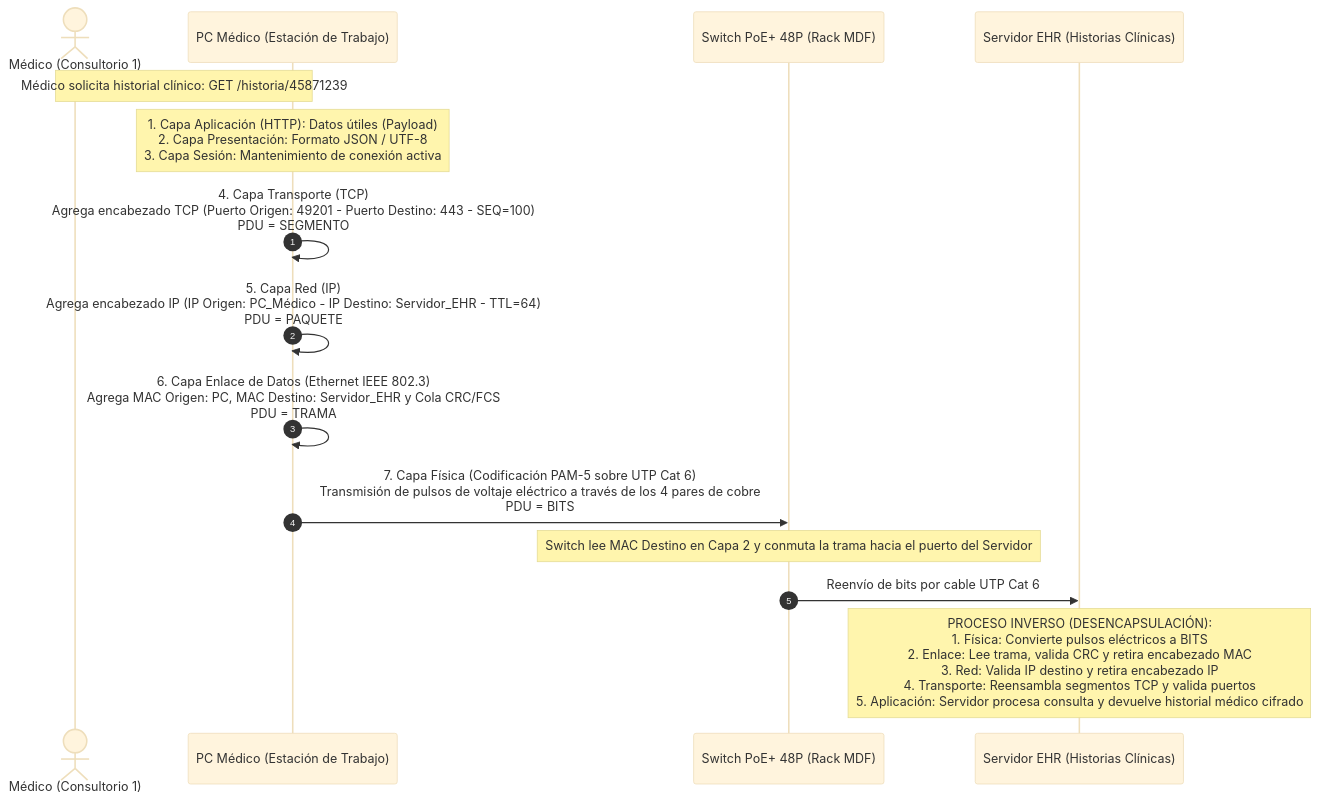
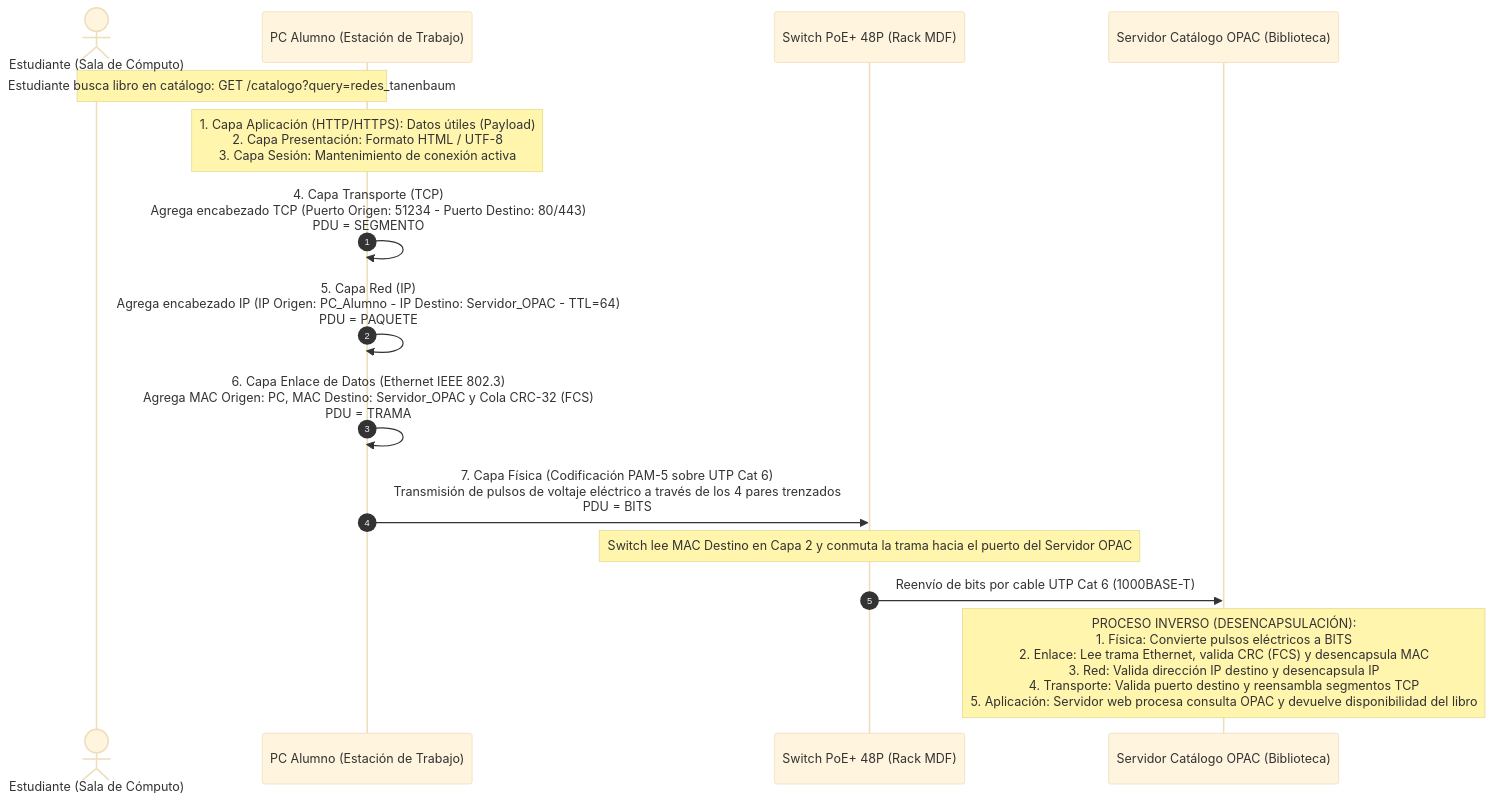
The diagram in diagramas/encapsulacion.mmd (jamamanica/proyecto_redes), drawn with Mermaid (base theme) before and after one commit. The commit also changed 14 other files, not shown here.

```diff
--- a/diagramas/encapsulacion.mmd
+++ b/diagramas/encapsulacion.mmd
@@ -1,20 +1,20 @@
 sequenceDiagram
     autonumber
-    actor Medico as Médico (Consultorio 1)
-    participant Host as PC Médico (Estación de Trabajo)
+    actor Estudiante as Estudiante (Sala de Cómputo)
+    participant Host as PC Alumno (Estación de Trabajo)
     participant Sw as Switch PoE+ 48P (Rack MDF)
-    participant Srv as Servidor EHR (Historias Clínicas)
+    participant Srv as Servidor Catálogo OPAC (Biblioteca)
 
-    Note over Medico,Host: Médico solicita historial clínico: GET /historia/45871239
-    Note over Host: 1. Capa Aplicación (HTTP): Datos útiles (Payload)<br/>2. Capa Presentación: Formato JSON / UTF-8<br/>3. Capa Sesión: Mantenimiento de conexión activa
+    Note over Estudiante,Host: Estudiante busca libro en catálogo: GET /catalogo?query=redes_tanenbaum
+    Note over Host: 1. Capa Aplicación (HTTP/HTTPS): Datos útiles (Payload)<br/>2. Capa Presentación: Formato HTML / UTF-8<br/>3. Capa Sesión: Mantenimiento de conexión activa
 
-    Host->>Host: 4. Capa Transporte (TCP)<br/>Agrega encabezado TCP (Puerto Origen: 49201 - Puerto Destino: 443 - SEQ=100)<br/>PDU = SEGMENTO
-    Host->>Host: 5. Capa Red (IP)<br/>Agrega encabezado IP (IP Origen: PC_Médico - IP Destino: Servidor_EHR - TTL=64)<br/>PDU = PAQUETE
-    Host->>Host: 6. Capa Enlace de Datos (Ethernet IEEE 802.3)<br/>Agrega MAC Origen: PC, MAC Destino: Servidor_EHR y Cola CRC/FCS<br/>PDU = TRAMA
+    Host->>Host: 4. Capa Transporte (TCP)<br/>Agrega encabezado TCP (Puerto Origen: 51234 - Puerto Destino: 80/443)<br/>PDU = SEGMENTO
+    Host->>Host: 5. Capa Red (IP)<br/>Agrega encabezado IP (IP Origen: PC_Alumno - IP Destino: Servidor_OPAC - TTL=64)<br/>PDU = PAQUETE
+    Host->>Host: 6. Capa Enlace de Datos (Ethernet IEEE 802.3)<br/>Agrega MAC Origen: PC, MAC Destino: Servidor_OPAC y Cola CRC-32 (FCS)<br/>PDU = TRAMA
 
-    Host->>Sw: 7. Capa Física (Codificación PAM-5 sobre UTP Cat 6)<br/>Transmisión de pulsos de voltaje eléctrico a través de los 4 pares de cobre<br/>PDU = BITS
+    Host->>Sw: 7. Capa Física (Codificación PAM-5 sobre UTP Cat 6)<br/>Transmisión de pulsos de voltaje eléctrico a través de los 4 pares trenzados<br/>PDU = BITS
 
-    Note over Sw: Switch lee MAC Destino en Capa 2 y conmuta la trama hacia el puerto del Servidor
-    Sw->>Srv: Reenvío de bits por cable UTP Cat 6
+    Note over Sw: Switch lee MAC Destino en Capa 2 y conmuta la trama hacia el puerto del Servidor OPAC
+    Sw->>Srv: Reenvío de bits por cable UTP Cat 6 (1000BASE-T)
 
-    Note over Srv: PROCESO INVERSO (DESENCAPSULACIÓN):<br/>1. Física: Convierte pulsos eléctricos a BITS<br/>2. Enlace: Lee trama, valida CRC y retira encabezado MAC<br/>3. Red: Valida IP destino y retira encabezado IP<br/>4. Transporte: Reensambla segmentos TCP y valida puertos<br/>5. Aplicación: Servidor procesa consulta y devuelve historial médico cifrado
+    Note over Srv: PROCESO INVERSO (DESENCAPSULACIÓN):<br/>1. Física: Convierte pulsos eléctricos a BITS<br/>2. Enlace: Lee trama Ethernet, valida CRC (FCS) y desencapsula MAC<br/>3. Red: Valida dirección IP destino y desencapsula IP<br/>4. Transporte: Valida puerto destino y reensambla segmentos TCP<br/>5. Aplicación: Servidor web procesa consulta OPAC y devuelve disponibilidad del libro
```
